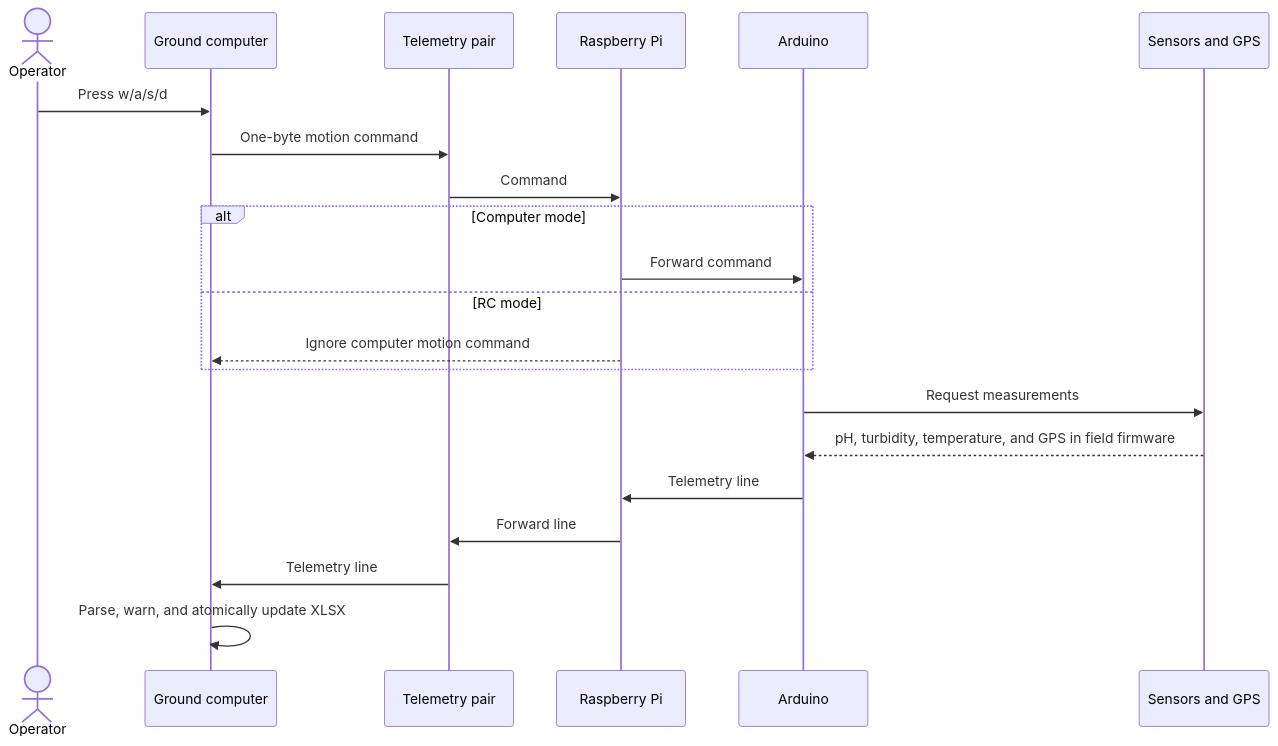
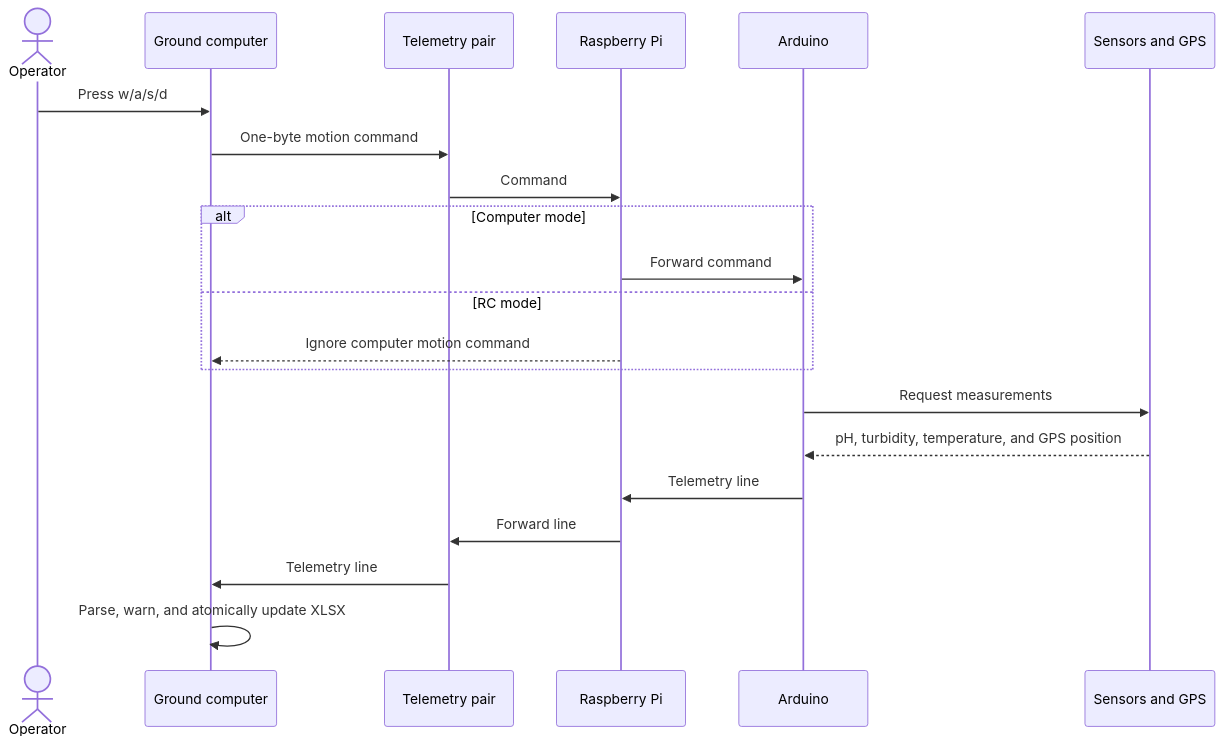
One commit to emircanylmz/water-quality-usv changed the fourth of 8 diagrams in docs/ARCHITECTURE_EN.md. Above: the diagram before and after it, drawn with Mermaid. The commit also changed other lines of this file and 13 other files, not shown here.

Commit message:
Add NEO-6M GPS telemetry to Arduino firmware

````diff
--- a/docs/ARCHITECTURE_EN.md
+++ b/docs/ARCHITECTURE_EN.md
@@ -94,24 +97,24 @@
 ```mermaid
 sequenceDiagram
     actor Operator
     participant PC as Ground computer
     participant Radio as Telemetry pair
     participant Pi as Raspberry Pi
     participant Arduino
     participant Sensors as Sensors and GPS
 
     Operator->>PC: Press w/a/s/d
     PC->>Radio: One-byte motion command
     Radio->>Pi: Command
     alt Computer mode
         Pi->>Arduino: Forward command
     else RC mode
         Pi-->>PC: Ignore computer motion command
     end
     Arduino->>Sensors: Request measurements
-    Sensors-->>Arduino: pH, turbidity, temperature, and GPS in field firmware
+    Sensors-->>Arduino: pH, turbidity, temperature, and GPS position
     Arduino->>Pi: Telemetry line
     Pi->>Radio: Forward line
     Radio->>PC: Telemetry line
     PC->>PC: Parse, warn, and atomically update XLSX
 ```
````
